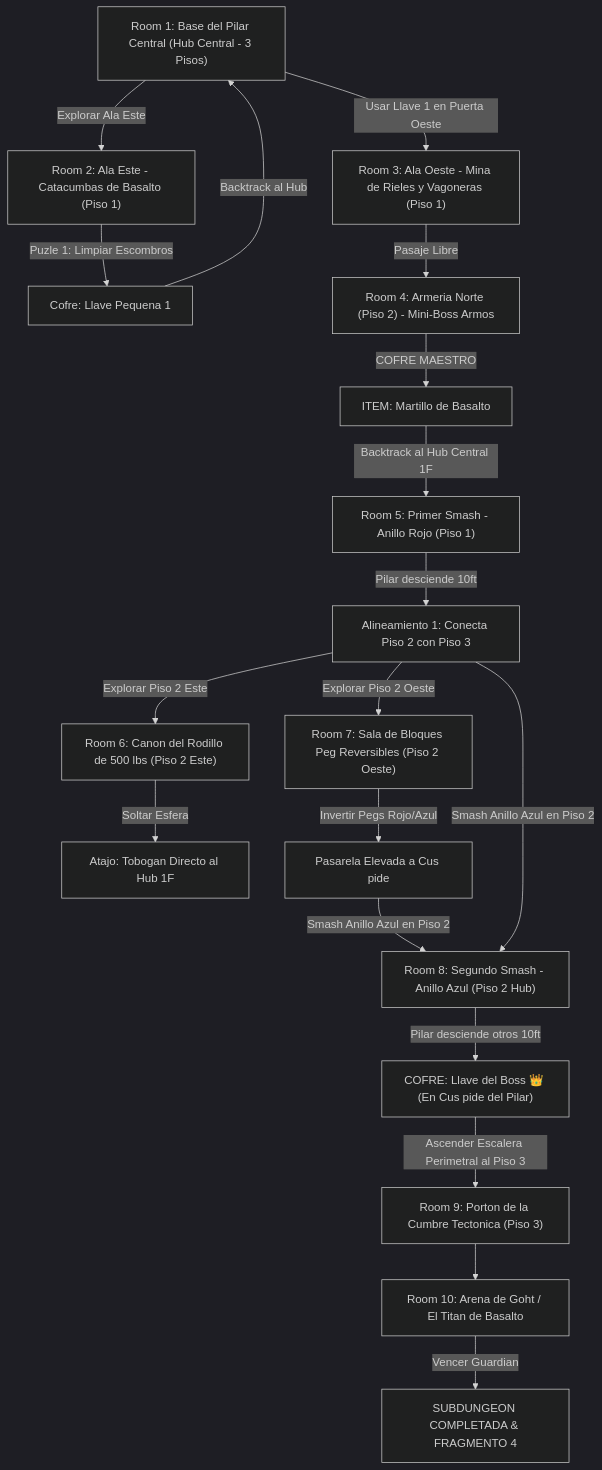
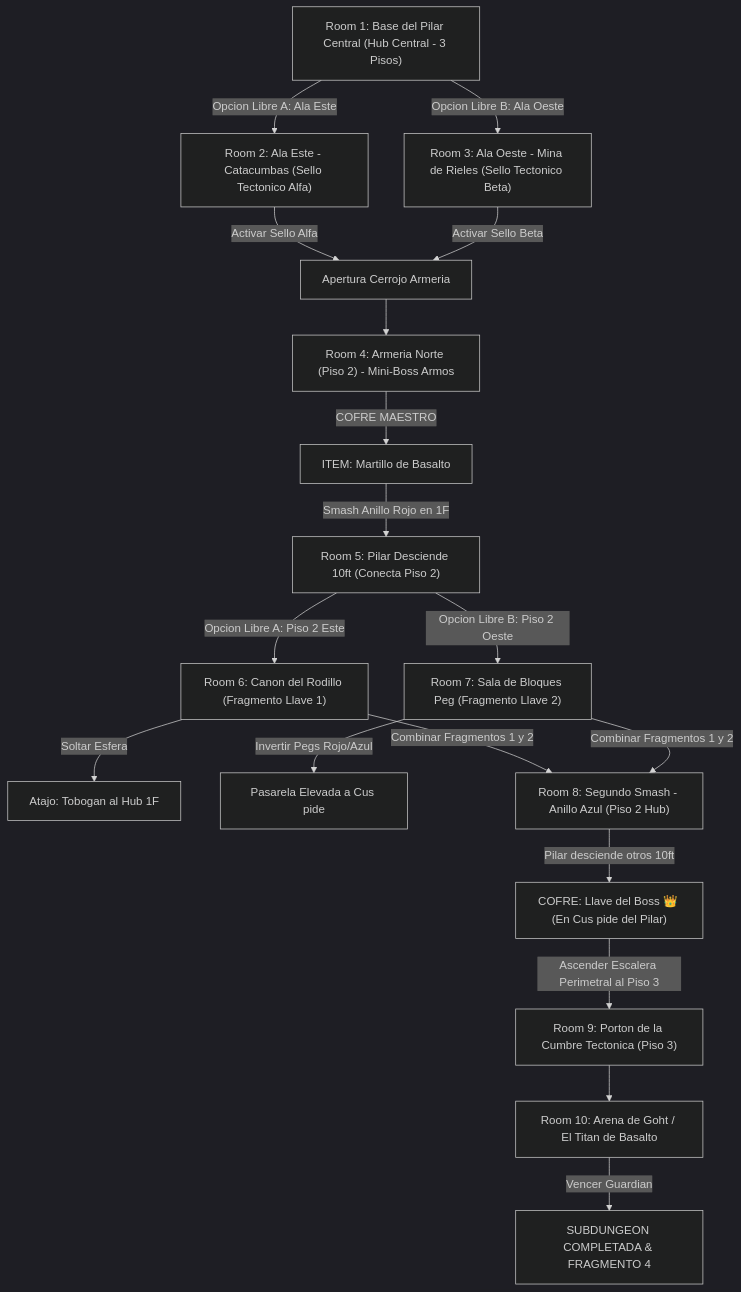
The diagram in 7 - DM/OneShots/ARepeat/Subdungeons/04_Subdungeon_Tierra_Dominio.md (linkmati/ShivathLyss), drawn with Mermaid (dark theme) before and after one commit. The commit also changed other lines of this file and 1 other file, not shown here.

Commit message:
Implement true dual-branching non-linear flow for Subdungeons 4 and 6

````diff
--- a/7 - DM/OneShots/ARepeat/Subdungeons/04_Subdungeon_Tierra_Dominio.md
+++ b/7 - DM/OneShots/ARepeat/Subdungeons/04_Subdungeon_Tierra_Dominio.md
@@ -15,26 +15,26 @@
 ```mermaid
 graph TD
-    S1["Room 1: Base del Pilar Central (Hub Central - 3 Pisos)"] -->|Explorar Ala Este| S2["Room 2: Ala Este - Catacumbas de Basalto (Piso 1)"]
-    S2 -->|Puzle 1: Limpiar Escombros| S2_Key["Cofre: Llave Pequena 1"]
-    S2_Key -->|Backtrack al Hub| S1
+    S1["Room 1: Base del Pilar Central (Hub Central - 3 Pisos)"] -->|Opcion Libre A: Ala Este| S2["Room 2: Ala Este - Catacumbas (Sello Tectonico Alfa)"]
+    S1 -->|Opcion Libre B: Ala Oeste| S3["Room 3: Ala Oeste - Mina de Rieles (Sello Tectonico Beta)"]
     
-    S1 -->|Usar Llave 1 en Puerta Oeste| S3["Room 3: Ala Oeste - Mina de Rieles y Vagoneras (Piso 1)"]
-    S3 -->|Pasaje Libre| S4["Room 4: Armeria Norte (Piso 2) - Mini-Boss Armos"]
+    S2 -->|Activar Sello Alfa| S4_Unlock["Apertura Cerrojo Armeria"]
+    S3 -->|Activar Sello Beta| S4_Unlock
+    
+    S4_Unlock --> S4["Room 4: Armeria Norte (Piso 2) - Mini-Boss Armos"]
     S4 -->|COFRE MAESTRO| Item["ITEM: Martillo de Basalto"]
     
-    Item -->|Backtrack al Hub Central 1F| S5["Room 5: Primer Smash - Anillo Rojo (Piso 1)"]
-    S5 -->|Pilar desciende 10ft| S5_Align["Alineamiento 1: Conecta Piso 2 con Piso 3"]
+    Item -->|Smash Anillo Rojo en 1F| S5["Room 5: Pilar Desciende 10ft (Conecta Piso 2)"]
     
-    S5_Align -->|Explorar Piso 2 Este| S6["Room 6: Canon del Rodillo de 500 lbs (Piso 2 Este)"]
-    S6 -->|Soltar Esfera| Shortcut1["Atajo: Tobogan Directo al Hub 1F"]
+    S5 -->|Opcion Libre A: Piso 2 Este| S6["Room 6: Canon del Rodillo (Fragmento Llave 1)"]
+    S5 -->|Opcion Libre B: Piso 2 Oeste| S7["Room 7: Sala de Bloques Peg (Fragmento Llave 2)"]
     
-    S5_Align -->|Explorar Piso 2 Oeste| S7["Room 7: Sala de Bloques Peg Reversibles (Piso 2 Oeste)"]
+    S6 -->|Soltar Esfera| Shortcut1["Atajo: Tobogan al Hub 1F"]
     S7 -->|Invertir Pegs Rojo/Azul| Bridge1["Pasarela Elevada a Cus pide"]
     
-    Bridge1 & S5_Align -->|Smash Anillo Azul en Piso 2| S8["Room 8: Segundo Smash - Anillo Azul (Piso 2 Hub)"]
+    S6 & S7 -->|Combinar Fragmentos 1 y 2| S8["Room 8: Segundo Smash - Anillo Azul (Piso 2 Hub)"]
     S8 -->|Pilar desciende otros 10ft| BossKey["COFRE: Llave del Boss 👑 (En Cus pide del Pilar)"]
     
     BossKey -->|Ascender Escalera Perimetral al Piso 3| S9["Room 9: Porton de la Cumbre Tectonica (Piso 3)"]
     S9 --> S10["Room 10: Arena de Goht / El Titan de Basalto"]
     S10 -->|Vencer Guardian| Win["SUBDUNGEON COMPLETADA & FRAGMENTO 4"]
 ```
````
